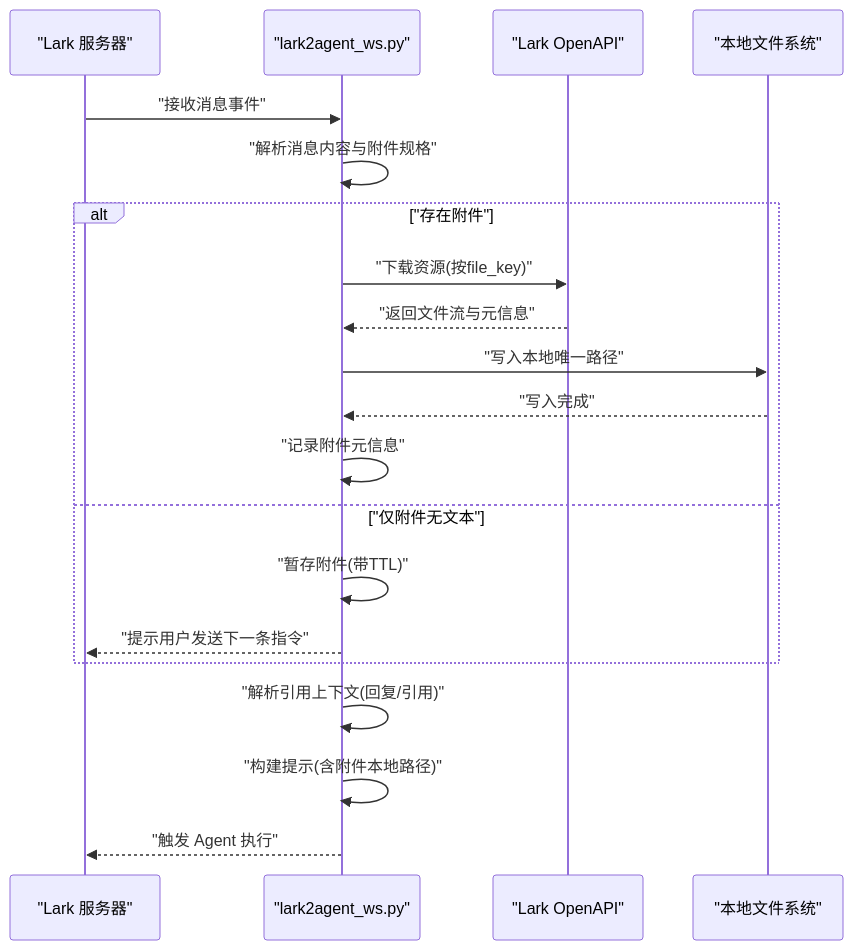
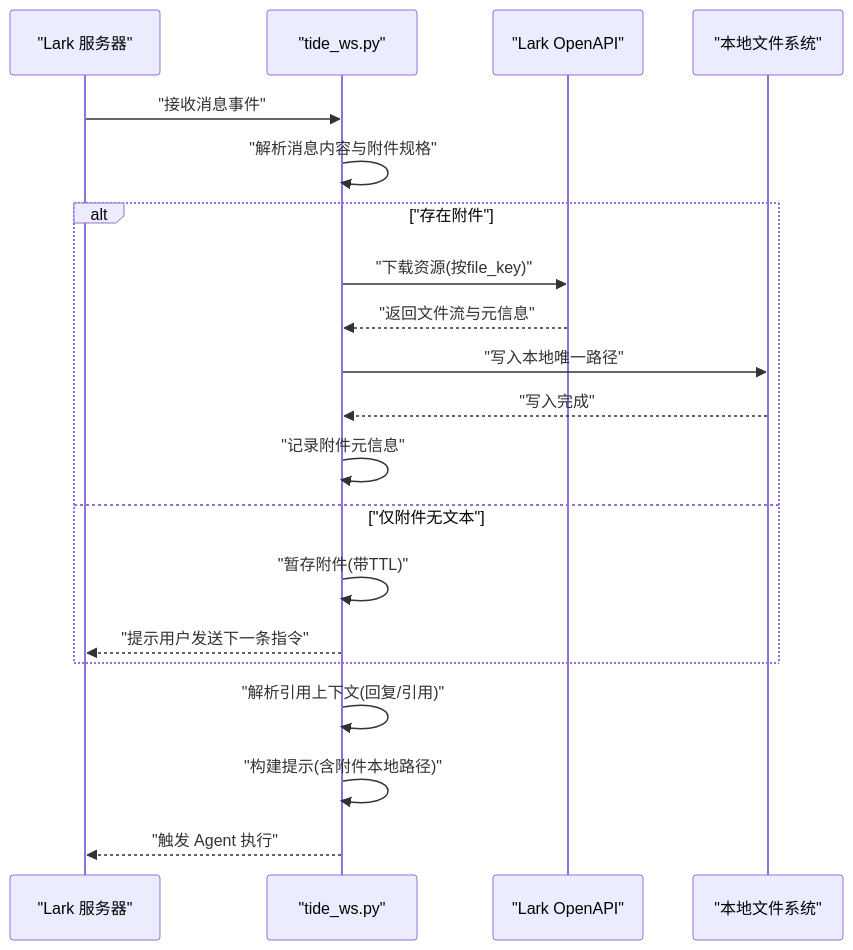
One commit to winditer/tide changed the second of 8 diagrams in .qoder/repowiki/zh/content/高级特性/附件处理.md. Above: the diagram before and after it, drawn with Mermaid. The commit also changed other lines of this file and 260 other files, not shown here.

````diff
--- a/.qoder/repowiki/zh/content/高级特性/附件处理.md
+++ b/.qoder/repowiki/zh/content/高级特性/附件处理.md
@@ -59,22 +59,22 @@
 ```mermaid
 sequenceDiagram
 participant Lark as "Lark 服务器"
-participant WS as "lark2agent_ws.py"
+participant WS as "tide_ws.py"
 participant API as "Lark OpenAPI"
 participant FS as "本地文件系统"
 Lark->>WS : "接收消息事件"
 WS->>WS : "解析消息内容与附件规格"
 alt "存在附件"
 WS->>API : "下载资源(按file_key)"
 API-->>WS : "返回文件流与元信息"
 WS->>FS : "写入本地唯一路径"
 FS-->>WS : "写入完成"
 WS->>WS : "记录附件元信息"
 else "仅附件无文本"
 WS->>WS : "暂存附件(带TTL)"
 WS-->>Lark : "提示用户发送下一条指令"
 end
 WS->>WS : "解析引用上下文(回复/引用)"
 WS->>WS : "构建提示(含附件本地路径)"
 WS-->>Lark : "触发 Agent 执行"
 ```
````
